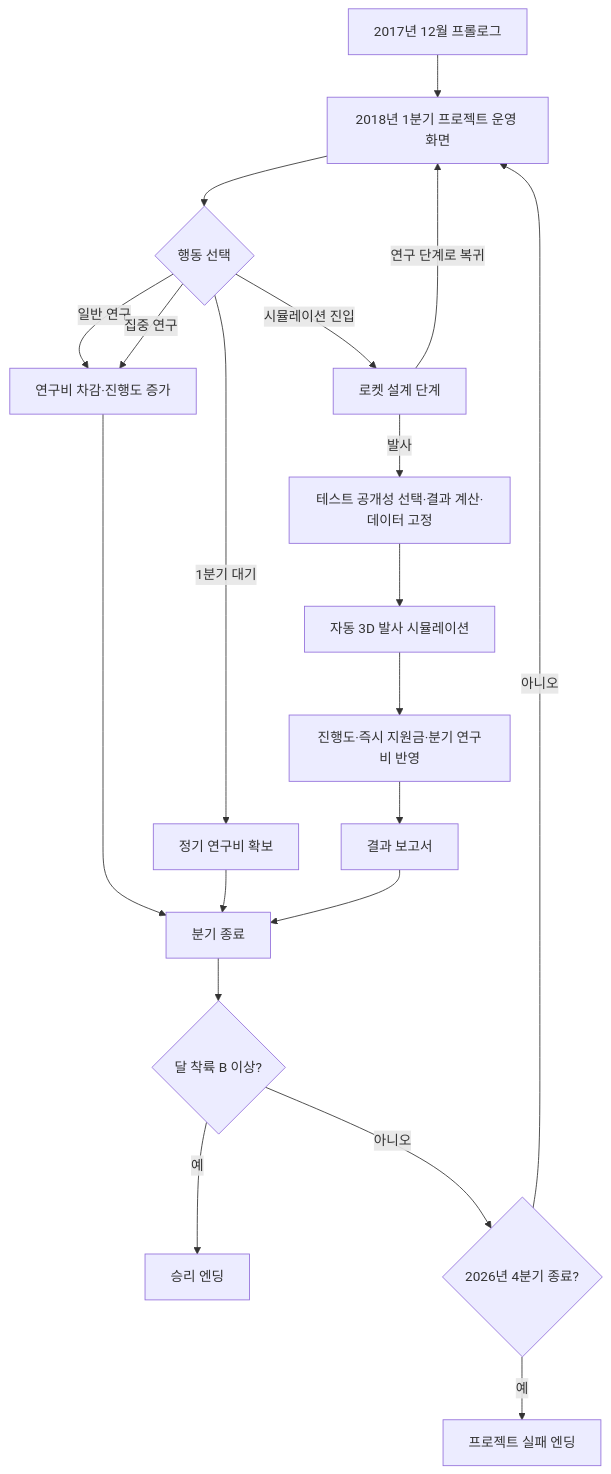
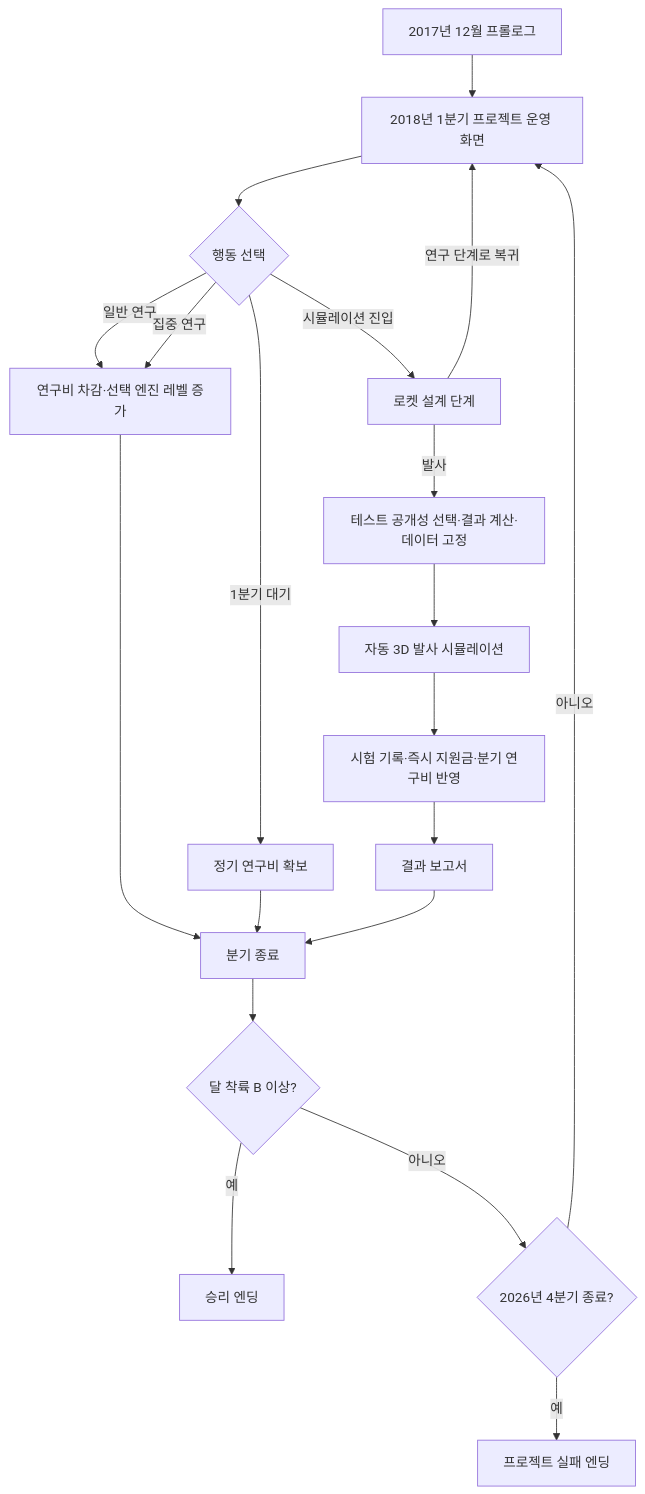
Before and after one commit to NHNAI-26/2026NHNAI: the first of 2 diagrams in docs/artemis-2026-gdd/02_전체_플레이_흐름.md, drawn with Mermaid. The commit also changed other lines of this file and 17 other files, not shown here.

````diff
--- a/docs/artemis-2026-gdd/02_전체_플레이_흐름.md
+++ b/docs/artemis-2026-gdd/02_전체_플레이_흐름.md
@@ -8,22 +8,22 @@
 ```mermaid
 flowchart TD
     A[2017년 12월 프롤로그] --> B[2018년 1분기 프로젝트 운영 화면]
     B --> C{행동 선택}
-    C -->|일반 연구| D[연구비 차감·진행도 증가]
+    C -->|일반 연구| D[연구비 차감·선택 엔진 레벨 증가]
     C -->|집중 연구| D
     C -->|1분기 대기| E[정기 연구비 확보]
     C -->|시뮬레이션 진입| F[로켓 설계 단계]
     F -->|연구 단계로 복귀| B
     F -->|발사| G[테스트 공개성 선택·결과 계산·데이터 고정]
     G --> H[자동 3D 발사 시뮬레이션]
-    H --> I[진행도·즉시 지원금·분기 연구비 반영]
+    H --> I[시험 기록·즉시 지원금·분기 연구비 반영]
     I --> Q[결과 보고서]
     D --> J[분기 종료]
     E --> J
     Q --> J
     J --> K{달 착륙 B 이상?}
     K -->|예| L[승리 엔딩]
     K -->|아니오| M{2026년 4분기 종료?}
     M -->|아니오| B
     M -->|예| N[프로젝트 실패 엔딩]
 ```
````
